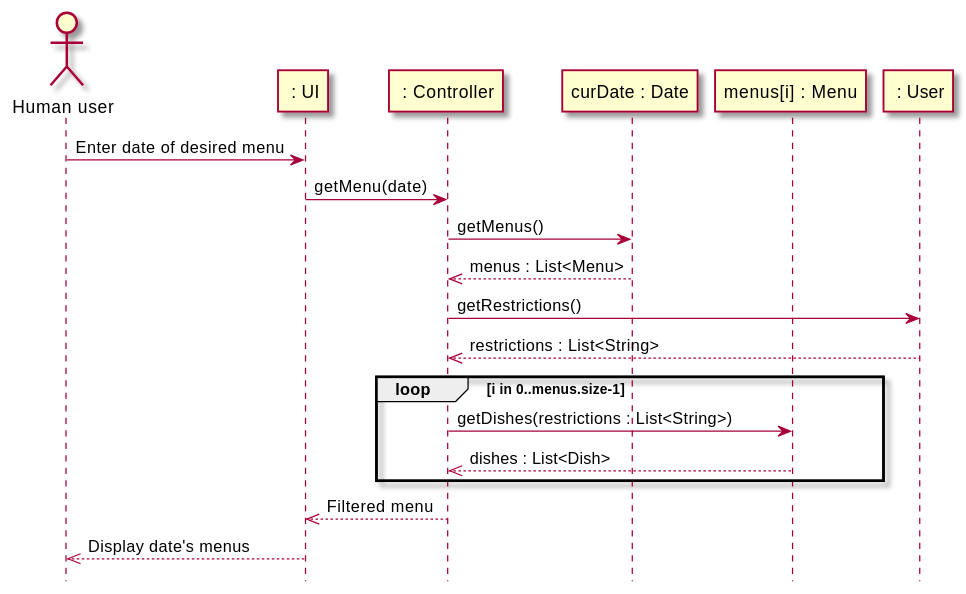
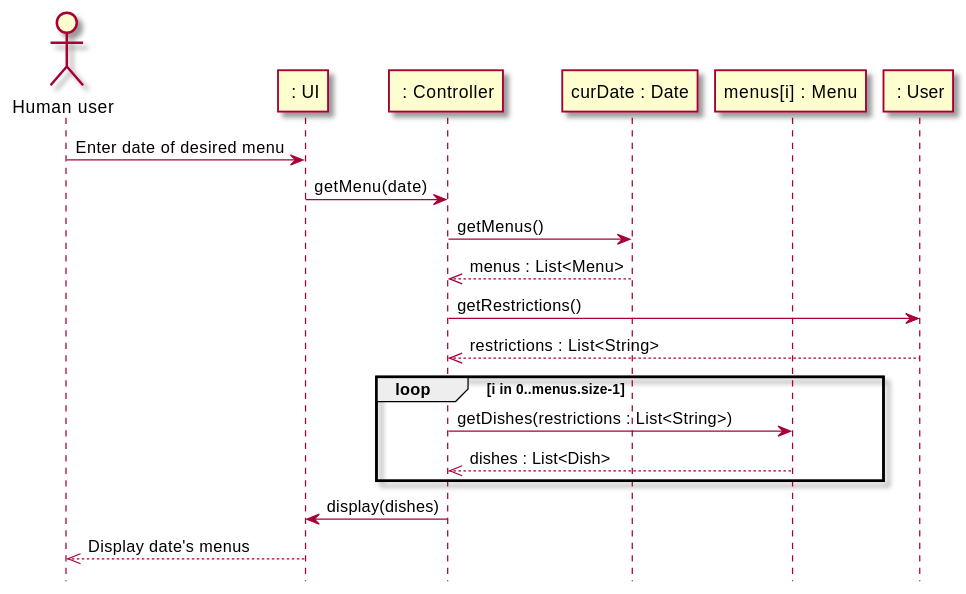
One commit to sashap100/Vassar-Dining-App changed the second of 3 diagrams in intellij/doc/design.md. Above: the diagram before and after it, drawn with PlantUML. The commit also changed other lines of this file, not shown here.

Commit message:
Updated sequence diagram: labeled it Browse menu. Added Favorite item sequence diagram. Added Description field to Dish class.

````diff
--- a/intellij/doc/design.md
+++ b/intellij/doc/design.md
@@ -48,25 +50,24 @@
 ```plantuml
 skin rose
 
 hide footbox
 actor "Human user" as human
 participant " : UI" as ui
 participant " : Controller" as controller
 participant "curDate : Date" as date
 participant "menus[i] : Menu" as menu
 participant " : User" as user
 
 human -> ui : Enter date of desired menu
 ui -> controller : getMenu(date)
 controller -> date: getMenus()
 date -->> controller : menus : List<Menu>
 controller -> user : getRestrictions()
 user -->> controller : restrictions : List<String>
 loop i in 0..menus.size-1
     controller -> menu : getDishes(restrictions : List<String>)
     menu -->> controller : dishes : List<Dish>
 end
-controller -->> ui : Filtered menu
+controller -> ui : display(dishes)
 ui -->> human : Display date's menus
-
 ```
````
